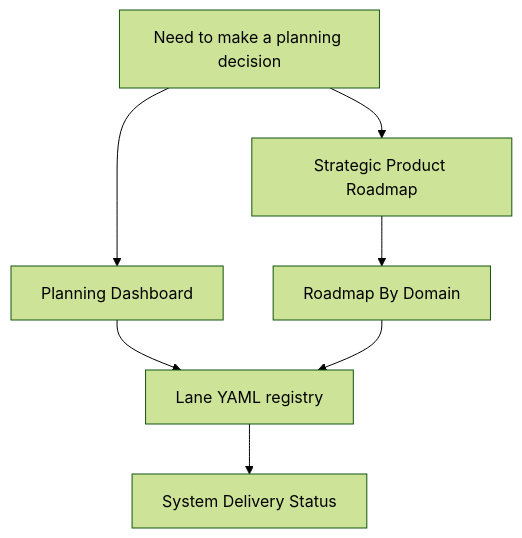
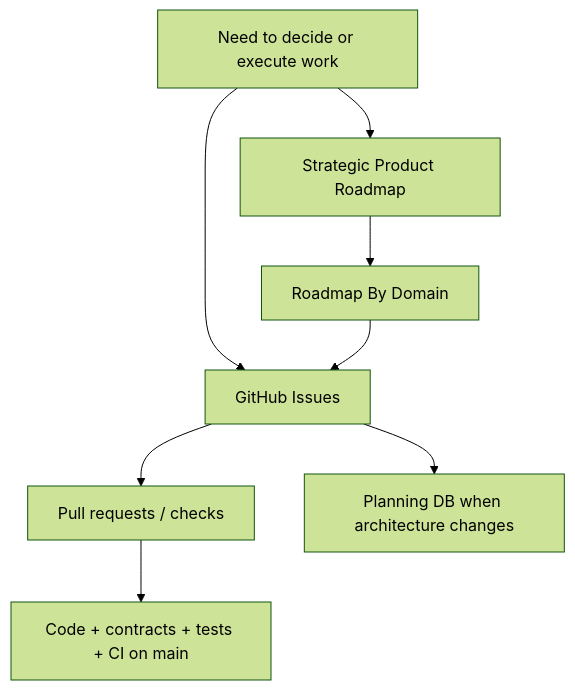
Before and after one commit to dunay2/dvt: the second of 3 diagrams in docs/planning/roadmap/strategic-product-roadmap.md, drawn with Mermaid (forest theme). The commit also changed other lines of this file and 33 other files, not shown here.

````diff
--- a/docs/planning/roadmap/strategic-product-roadmap.md
+++ b/docs/planning/roadmap/strategic-product-roadmap.md
@@ -72,9 +73,10 @@
 ```mermaid
 flowchart TD
-    Q["Need to make a planning decision"] --> Why["Strategic Product Roadmap"]
-    Q --> Now["Planning Dashboard"]
+    Q["Need to decide or execute work"] --> Why["Strategic Product Roadmap"]
+    Q --> Work["GitHub Issues"]
     Why --> Sequence["Roadmap By Domain"]
-    Now --> Ownership["Lane YAML registry"]
-    Sequence --> Ownership
-    Ownership --> Truth["System Delivery Status"]
+    Work --> Review["Pull requests / checks"]
+    Sequence --> Work
+    Work --> Arch["Planning DB when architecture changes"]
+    Review --> Truth["Code + contracts + tests + CI on main"]
 ```
````
